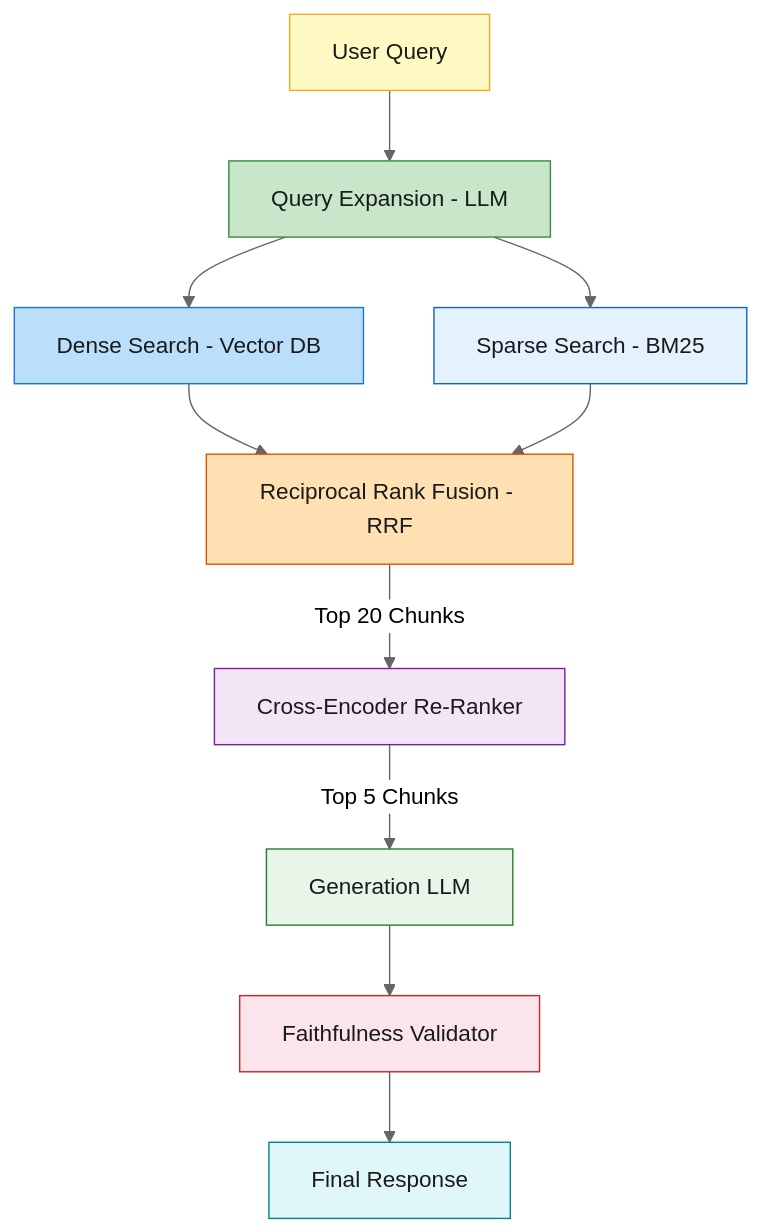
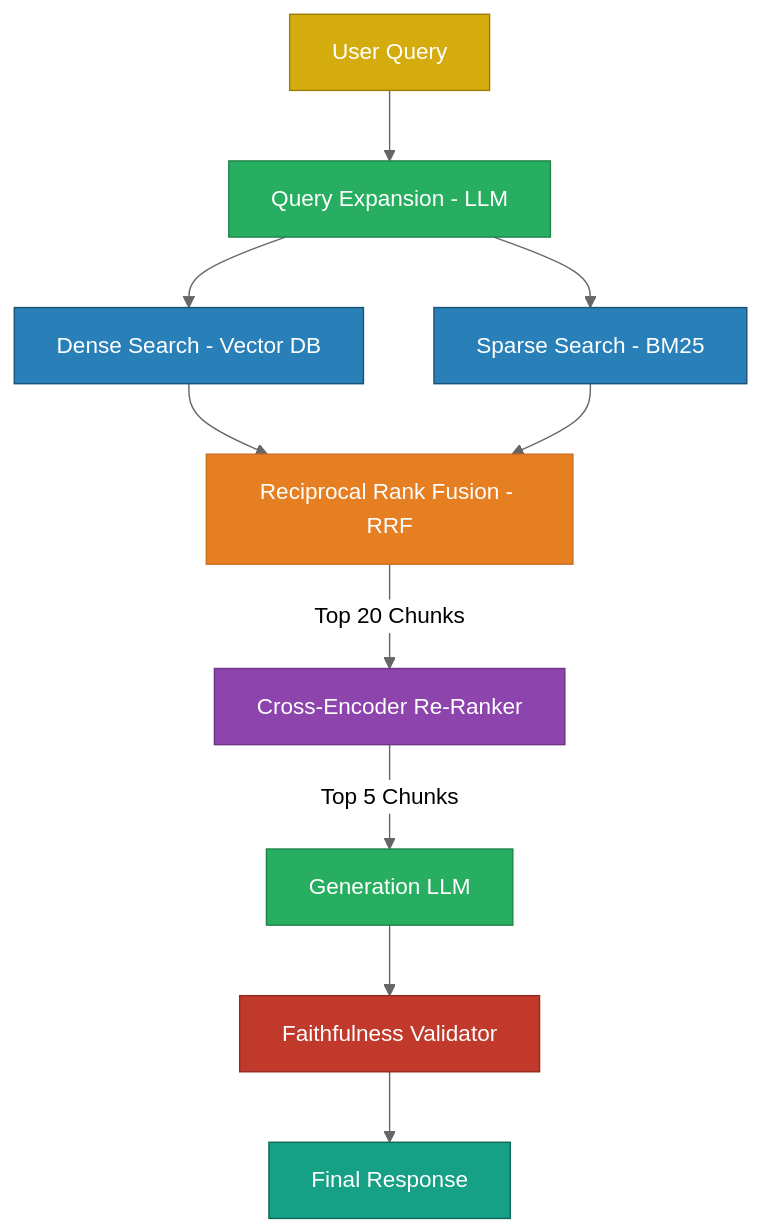
The second of 2 diagrams in docs/15-miscellaneous/README.md (GyanendraChaubey/AI-Engineering-Notes), drawn with Mermaid (neutral theme) before and after one commit. The commit also changed other lines of this file and 15 other files, not shown here.

Commit message:
style: replace all Mermaid diagram colors with saturated palette + white text for dark mode compatibility (321 changes across 16 files)

````diff
--- a/docs/15-miscellaneous/README.md
+++ b/docs/15-miscellaneous/README.md
@@ -195,32 +195,32 @@
 ```mermaid
 flowchart TD
     A["User Query"]
     B["Query Expansion - LLM"]
     C["Dense Search - Vector DB"]
     D["Sparse Search - BM25"]
     E["Reciprocal Rank Fusion - RRF"]
     F["Cross-Encoder Re-Ranker"]
     G["Generation LLM"]
     H["Faithfulness Validator"]
     I["Final Response"]
 
     A --> B
     B --> C
     B --> D
     C --> E
     D --> E
     E -->|"Top 20 Chunks"| F
     F -->|"Top 5 Chunks"| G
     G --> H
     H --> I
 
-    style A fill:#FFF9C4,stroke:#F9A825,color:#1a1a1a
-    style B fill:#C8E6C9,stroke:#388E3C,color:#1a1a1a
-    style C fill:#BBDEFB,stroke:#1976D2,color:#1a1a1a
-    style D fill:#E3F2FD,stroke:#1565C0,color:#1a1a1a
-    style E fill:#FFE0B2,stroke:#E65100,color:#1a1a1a
-    style F fill:#F3E5F5,stroke:#7B1FA2,color:#1a1a1a
-    style G fill:#E8F5E9,stroke:#2E7D32,color:#1a1a1a
-    style H fill:#FCE4EC,stroke:#C62828,color:#1a1a1a
-    style I fill:#E0F7FA,stroke:#00838F,color:#1a1a1a
+    style A fill:#D4AC0D,stroke:#9A7D0A,color:#FFFFFF
+    style B fill:#27AE60,stroke:#1E8449,color:#FFFFFF
+    style C fill:#2980B9,stroke:#1A5276,color:#FFFFFF
+    style D fill:#2980B9,stroke:#1A5276,color:#FFFFFF
+    style E fill:#E67E22,stroke:#CA6F1E,color:#FFFFFF
+    style F fill:#8E44AD,stroke:#6C3483,color:#FFFFFF
+    style G fill:#27AE60,stroke:#1E8449,color:#FFFFFF
+    style H fill:#C0392B,stroke:#922B21,color:#FFFFFF
+    style I fill:#16A085,stroke:#0E6655,color:#FFFFFF
 ```
````
